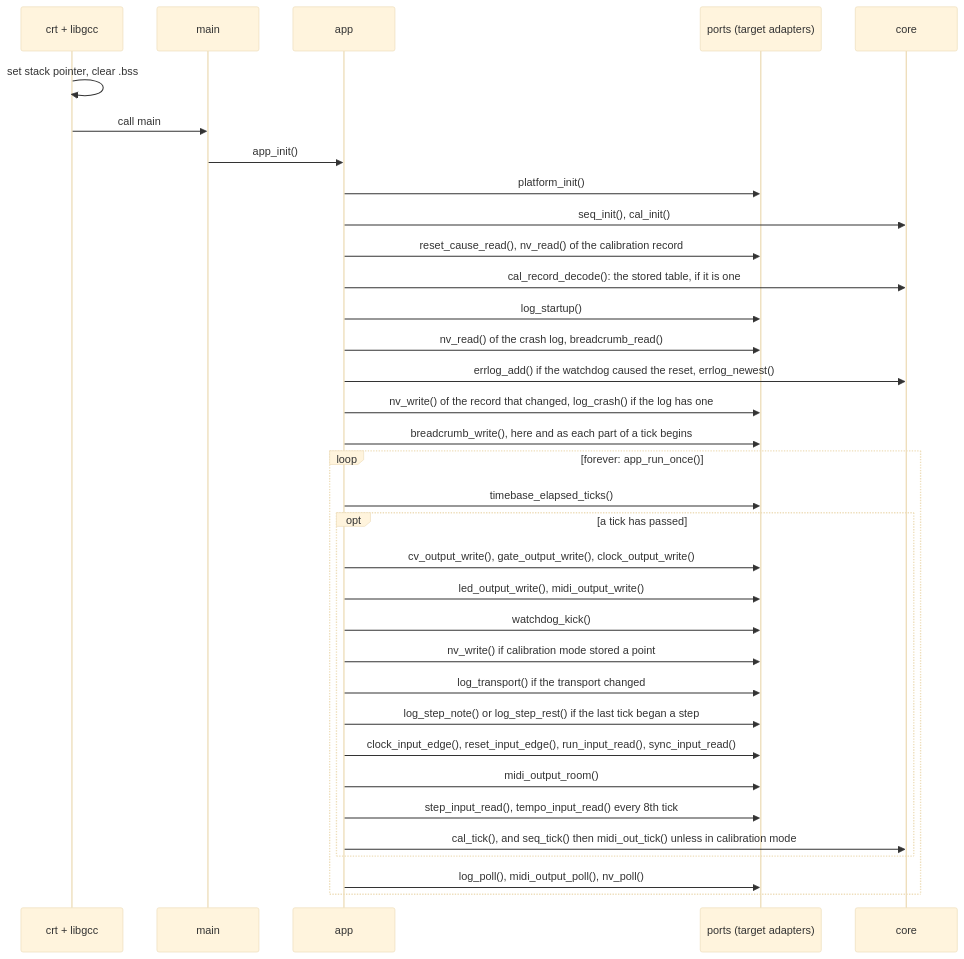
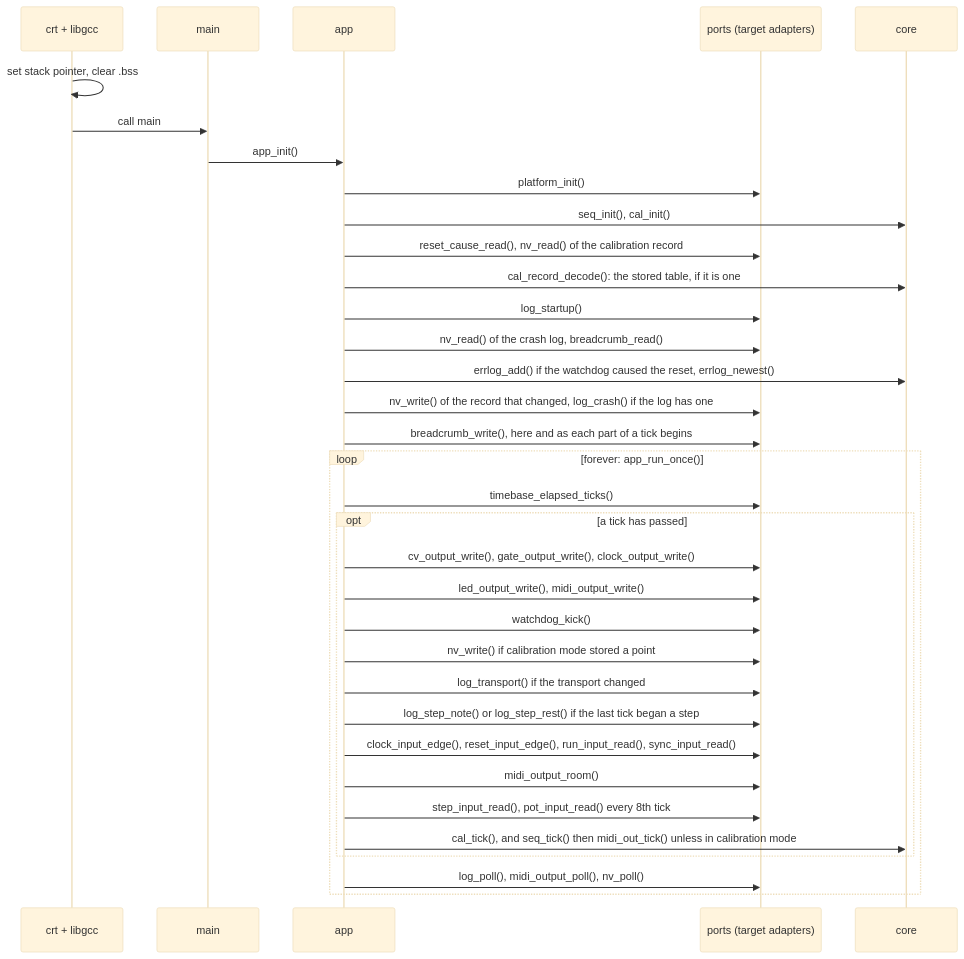
Before and after one commit to BonelessPig/nano_sequencer: the third of 28 diagrams in docs/ARCHITECTURE.md, drawn with Mermaid (base theme). The commit also changed other lines of this file and 9 other files, not shown here.

First line of the commit message:
Rename the tempo input port to the pot input port

````diff
--- a/docs/ARCHITECTURE.md
+++ b/docs/ARCHITECTURE.md
@@ -179,36 +179,36 @@
 ```mermaid
 sequenceDiagram
     participant CRT as crt + libgcc
     participant M as main
     participant A as app
     participant P as ports (target adapters)
     participant C as core
     CRT->>CRT: set stack pointer, clear .bss
     CRT->>M: call main
     M->>A: app_init()
     A->>P: platform_init()
     A->>C: seq_init(), cal_init()
     A->>P: reset_cause_read(), nv_read() of the calibration record
     A->>C: cal_record_decode(): the stored table, if it is one
     A->>P: log_startup()
     A->>P: nv_read() of the crash log, breadcrumb_read()
     A->>C: errlog_add() if the watchdog caused the reset, errlog_newest()
     A->>P: nv_write() of the record that changed, log_crash() if the log has one
     A->>P: breadcrumb_write(), here and as each part of a tick begins
     loop forever: app_run_once()
         A->>P: timebase_elapsed_ticks()
         opt a tick has passed
             A->>P: cv_output_write(), gate_output_write(), clock_output_write()
             A->>P: led_output_write(), midi_output_write()
             A->>P: watchdog_kick()
             A->>P: nv_write() if calibration mode stored a point
             A->>P: log_transport() if the transport changed
             A->>P: log_step_note() or log_step_rest() if the last tick began a step
             A->>P: clock_input_edge(), reset_input_edge(), run_input_read(), sync_input_read()
             A->>P: midi_output_room()
-            A->>P: step_input_read(), tempo_input_read() every 8th tick
+            A->>P: step_input_read(), pot_input_read() every 8th tick
             A->>C: cal_tick(), and seq_tick() then midi_out_tick() unless in calibration mode
         end
         A->>P: log_poll(), midi_output_poll(), nv_poll()
     end
 ```
````
